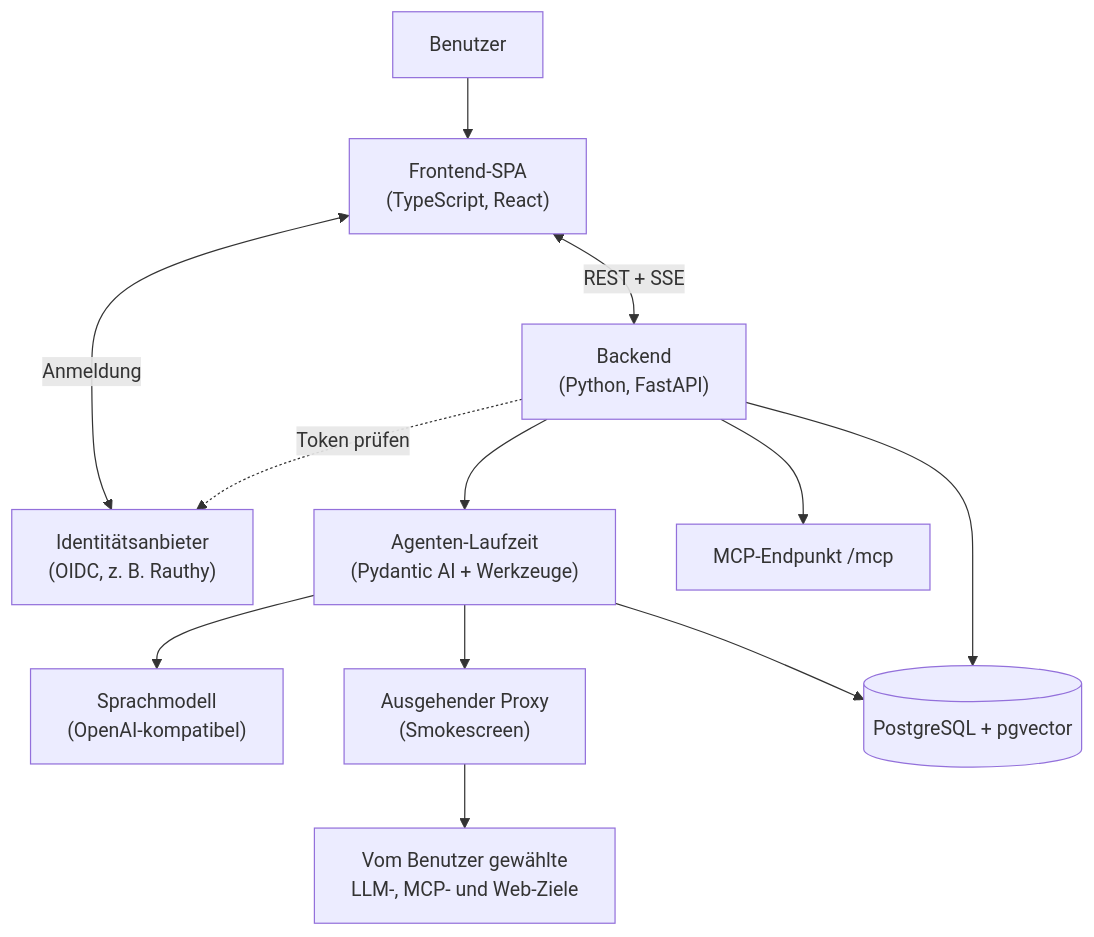
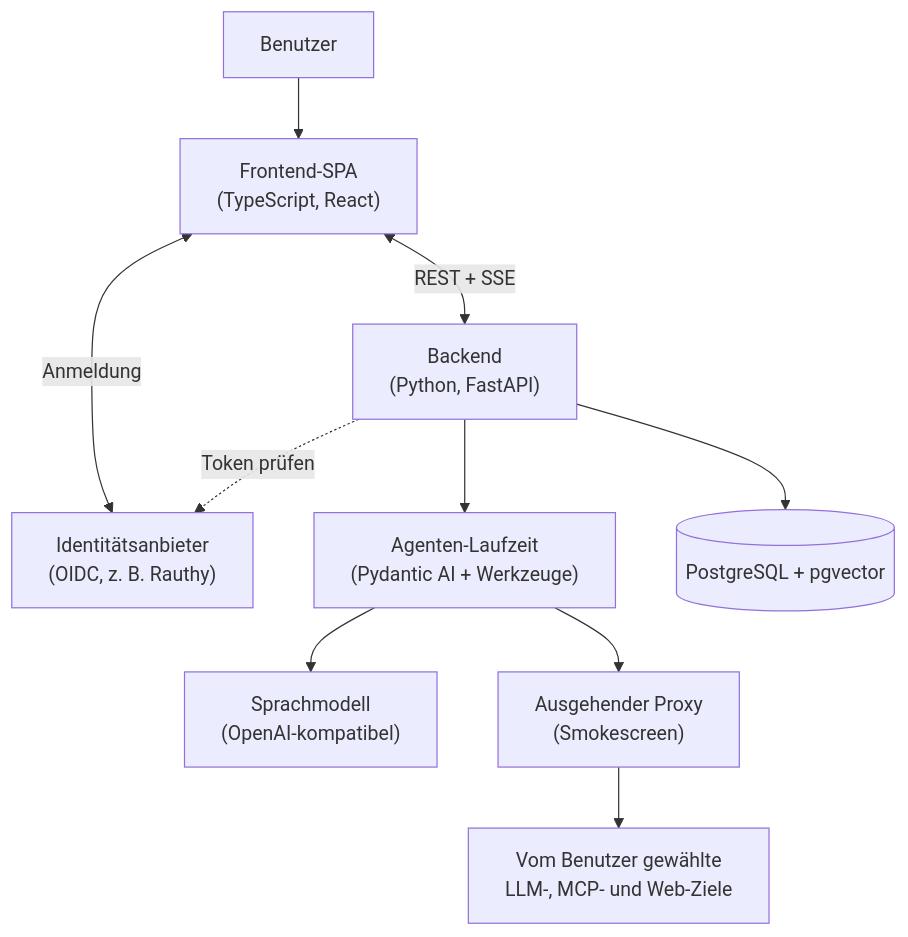
Before and after one commit to dfki-ebls/hivegent: the diagram in docs/src/de/architecture.md, drawn with Mermaid. The commit also changed other lines of this file and 19 other files, not shown here.

````diff
--- a/docs/src/de/architecture.md
+++ b/docs/src/de/architecture.md
@@ -6,25 +6,22 @@
 ```mermaid
 flowchart TD
     user[Benutzer]
     browser["Frontend-SPA<br/>(TypeScript, React)"]
     oidc["Identitätsanbieter<br/>(OIDC, z. B. Rauthy)"]
     backend["Backend<br/>(Python, FastAPI)"]
     agent["Agenten-Laufzeit<br/>(Pydantic AI + Werkzeuge)"]
-    mcp["MCP-Endpunkt /mcp"]
     db[("PostgreSQL + pgvector")]
     llm["Sprachmodell<br/>(OpenAI-kompatibel)"]
     egress["Ausgehender Proxy<br/>(Smokescreen)"]
     external["Vom Benutzer gewählte<br/>LLM-, MCP- und Web-Ziele"]
 
     user --> browser
     browser <-->|Anmeldung| oidc
     browser <-->|REST + SSE| backend
     backend -.->|Token prüfen| oidc
     backend --> agent
-    backend --> mcp
     agent --> llm
     agent --> egress
     egress --> external
-    agent --> db
     backend --> db
 ```
````
